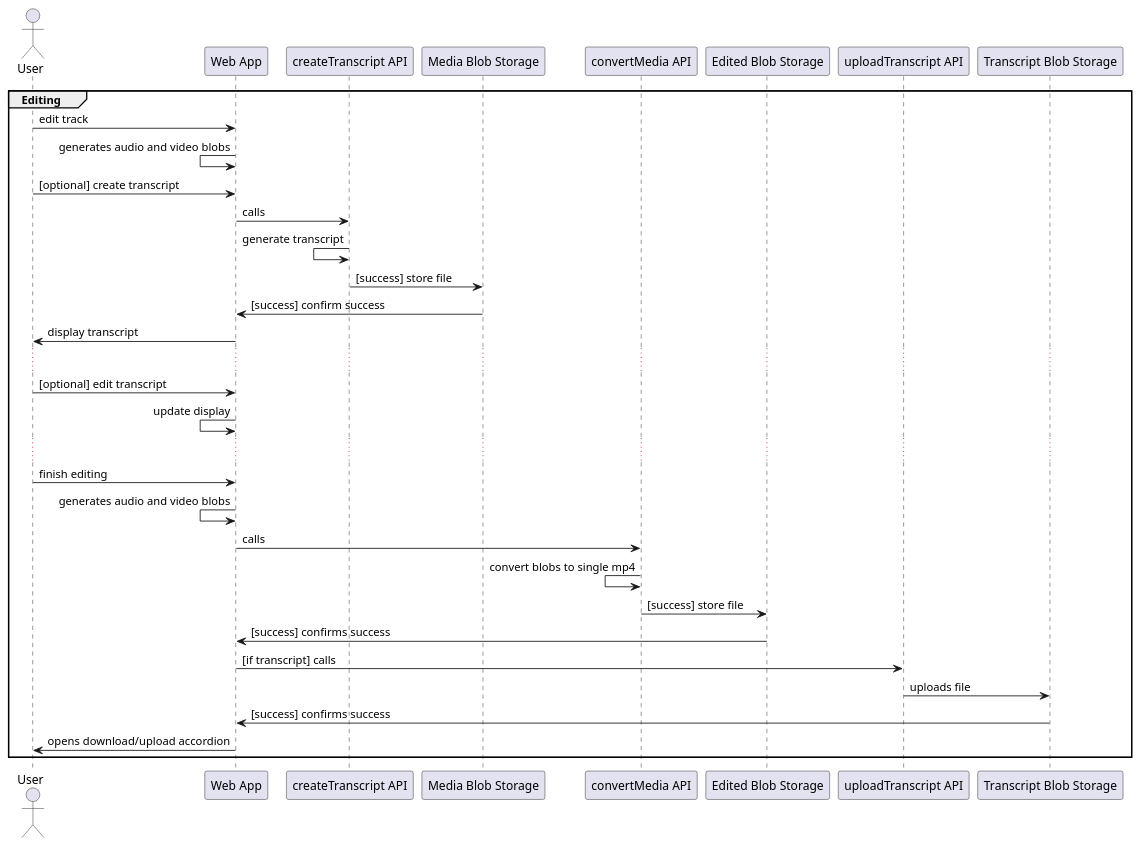
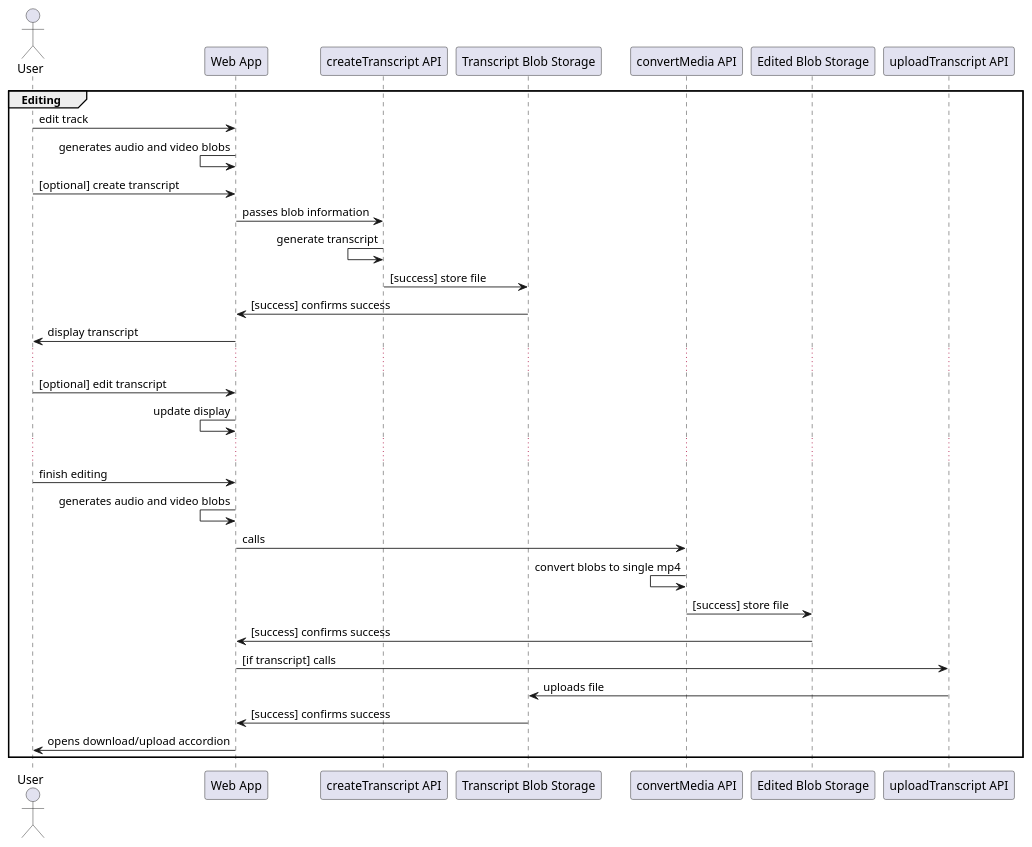
One commit to jennifer-platt/ECM2429-UML changed the diagram in examples/editing.puml. Above: the diagram before and after it, drawn with PlantUML. The commit also changed 4 other files, not shown here.

Commit message:
Updated diagrams

```diff
--- a/examples/editing.puml
+++ b/examples/editing.puml
@@ -1,36 +1,36 @@
 @startuml system-flow_enter-test-result-code
 
 Actor User
 
 group Editing
 User -> "Web App": edit track
 "Web App" <- "Web App": generates audio and video blobs
 
 User -> "Web App": [optional] create transcript
-"Web App" -> "createTranscript API": calls
+"Web App" -> "createTranscript API": passes blob information
 "createTranscript API" <- "createTranscript API": generate transcript
-"Media Blob Storage" <- "createTranscript API": [success] store file
-"Web App" <- "Media Blob Storage": [success] confirm success
+"Transcript Blob Storage" <- "createTranscript API": [success] store file
+"Web App" <- "Transcript Blob Storage": [success] confirms success
 User <- "Web App": display transcript
 
 ...
 
 User -> "Web App": [optional] edit transcript
 "Web App" <- "Web App": update display
 ...
 
 User -> "Web App": finish editing
 "Web App" <- "Web App": generates audio and video blobs
 
 "Web App" -> "convertMedia API": calls
 "convertMedia API" <- "convertMedia API": convert blobs to single mp4
 "Edited Blob Storage" <- "convertMedia API": [success] store file
 "Web App" <- "Edited Blob Storage": [success] confirms success
 
 "Web App" -> "uploadTranscript API": [if transcript] calls
 "uploadTranscript API" -> "Transcript Blob Storage": uploads file
 "Web App" <- "Transcript Blob Storage": [success] confirms success
 User <- "Web App": opens download/upload accordion
 end
 
 @enduml
```
